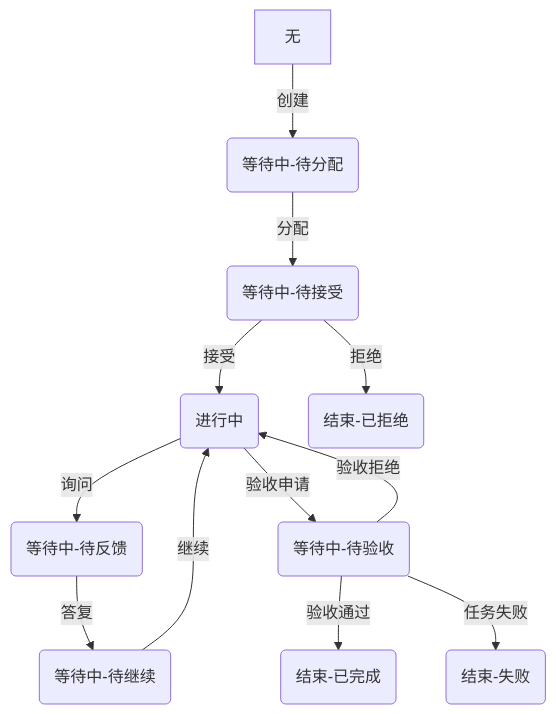
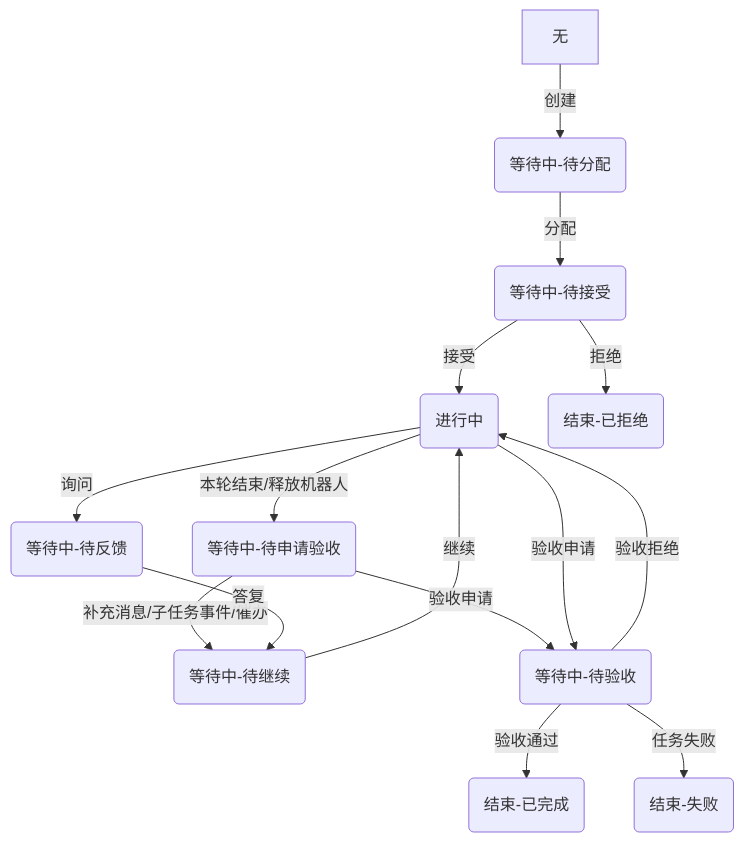
The second of 2 diagrams in docs/features/06 - HANDOFF.md (LitaGroup/project), drawn with Mermaid before and after one commit. The commit also changed other lines of this file and 21 other files, not shown here.

````diff
--- a/docs/features/06 - HANDOFF.md
+++ b/docs/features/06 - HANDOFF.md
@@ -83,14 +86,17 @@
 ```mermaid
 flowchart TD
     NONE[无] -->|创建| READY(等待中-待分配)
     READY -->|分配| WAITING_ACCEPT(等待中-待接受)
     WAITING_ACCEPT -->|接受| RUNNING(进行中)
     WAITING_ACCEPT -->|拒绝| FINISH_REFUSED(结束-已拒绝)
     RUNNING -->|询问| WAITING_REPLY(等待中-待反馈)
+    RUNNING -->|本轮结束/释放机器人| WAITING_APPLY(等待中-待申请验收)
+    WAITING_APPLY -->|补充消息/子任务事件/催办| WAITING_RESUME(等待中-待继续)
+    WAITING_APPLY -->|验收申请| WAITING_HANDOFF(等待中-待验收)
     RUNNING -->|验收申请| WAITING_HANDOFF(等待中-待验收)
     WAITING_HANDOFF -->|验收拒绝| RUNNING
     WAITING_HANDOFF -->|验收通过| FINISH_DONE(结束-已完成)
     WAITING_HANDOFF -->|任务失败| FINISH_FAIL(结束-失败)
-    WAITING_REPLY -->|答复| WAITING_RESUME(等待中-待继续)
+    WAITING_REPLY -->|答复| WAITING_RESUME
     WAITING_RESUME --> |继续|RUNNING
 ```
````
